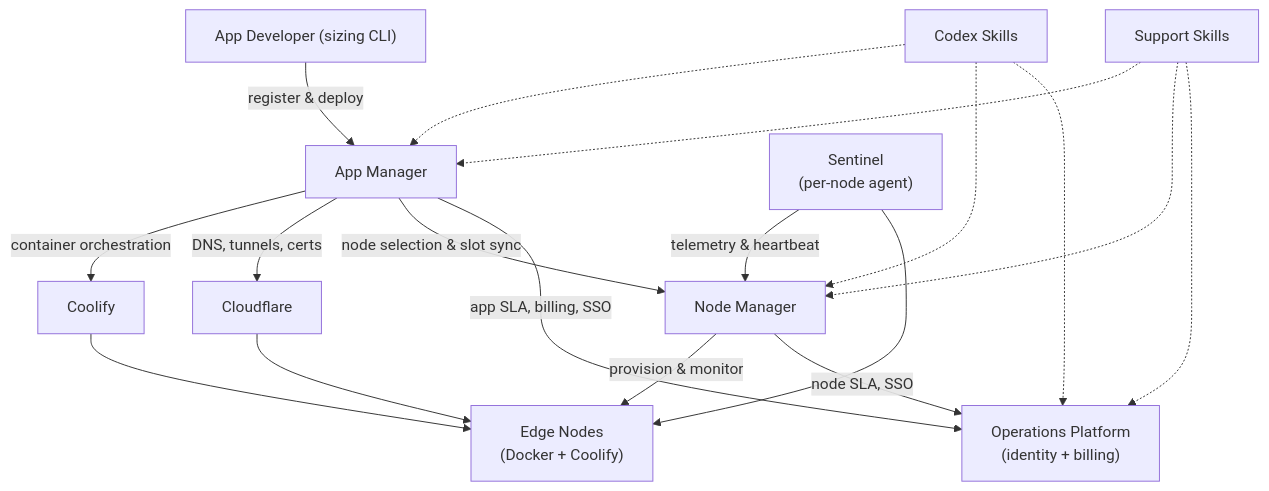
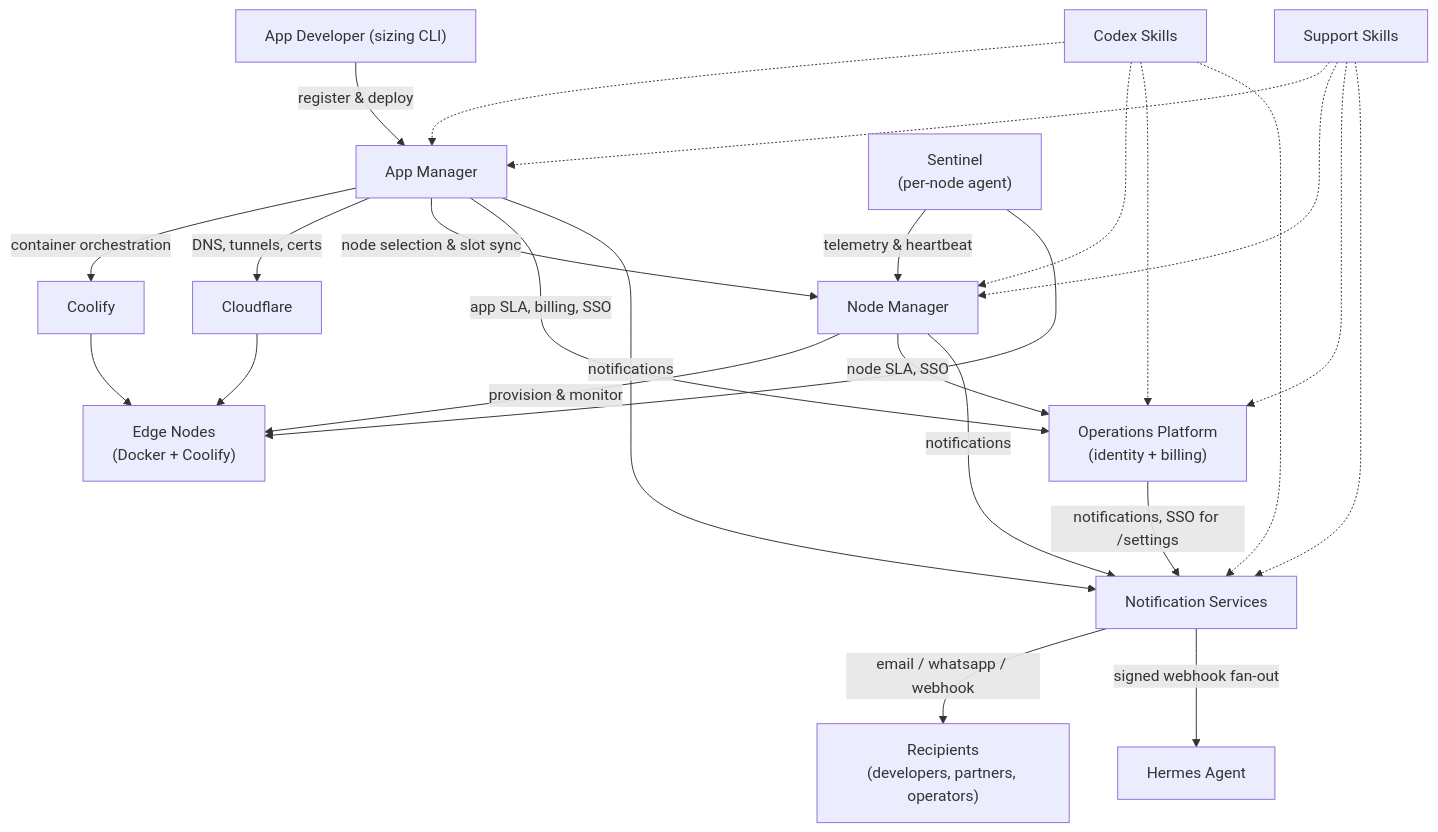
One commit to luizcarloskazuyukifukaya/vdecent-developer-docs changed the diagram in V-Decent Infrastructure Capabilities.md. Above: the diagram before and after it, drawn with Mermaid. The commit also changed other lines of this file, not shown here.

Commit message:
docs: sync Infrastructure Capabilities to latest AM/NM/Ops/Notification Services main

````diff
--- a/V-Decent Infrastructure Capabilities.md
+++ b/V-Decent Infrastructure Capabilities.md
@@ -15,20 +15,27 @@
 ```mermaid
 graph TD
     DEV["App Developer (sizing CLI)"] -->|register & deploy| AM["App Manager"]
     AM -->|container orchestration| COOL["Coolify"]
     AM -->|DNS, tunnels, certs| CF["Cloudflare"]
     AM -->|node selection & slot sync| NM["Node Manager"]
     NM -->|provision & monitor| NODES["Edge Nodes<br/>(Docker + Coolify)"]
     COOL --> NODES
     CF --> NODES
     NM -->|node SLA, SSO| OPS["Operations Platform<br/>(identity + billing)"]
     AM -->|app SLA, billing, SSO| OPS
+    AM -->|notifications| NS["Notification Services"]
+    NM -->|notifications| NS
+    OPS -->|notifications, SSO for /settings| NS
+    NS -->|email / whatsapp / webhook| NOT["Recipients<br/>(developers, partners, operators)"]
+    NS -->|signed webhook fan-out| HE["Hermes Agent"]
     SENT["Sentinel<br/>(per-node agent)"] -->|telemetry & heartbeat| NM
     SENT --> NODES
     CS["Codex Skills"] -.-> AM
     CS -.-> NM
     CS -.-> OPS
+    CS -.-> NS
     SS["Support Skills"] -.-> AM
     SS -.-> NM
     SS -.-> OPS
+    SS -.-> NS
 ```
````
